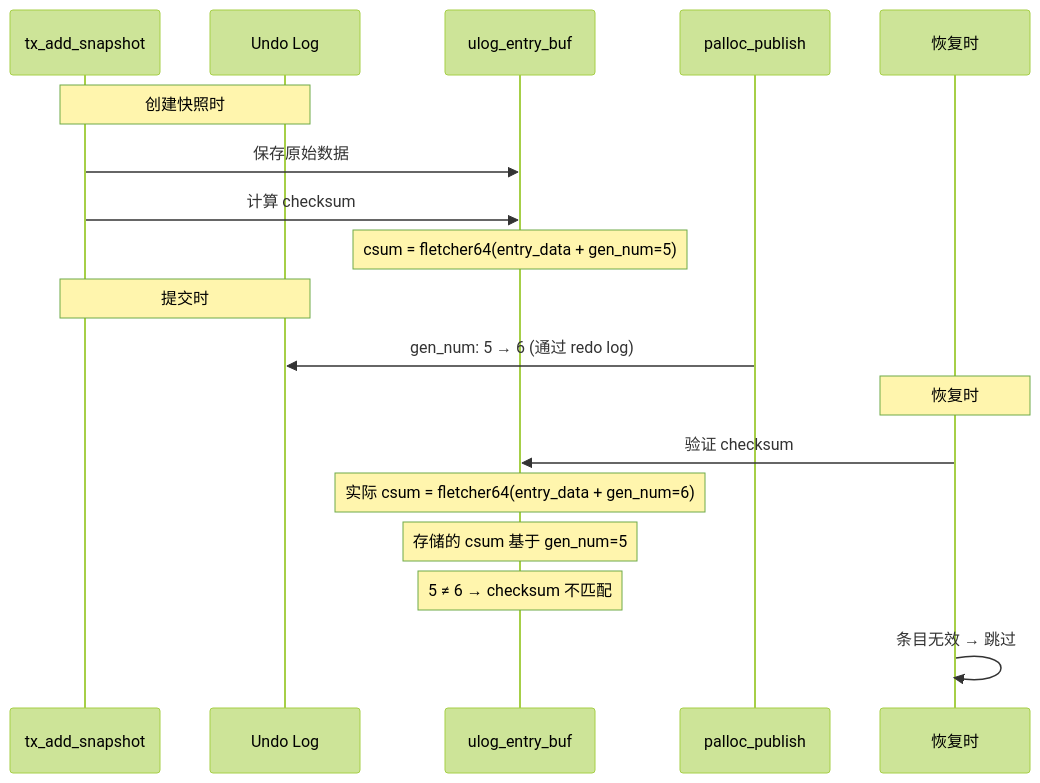
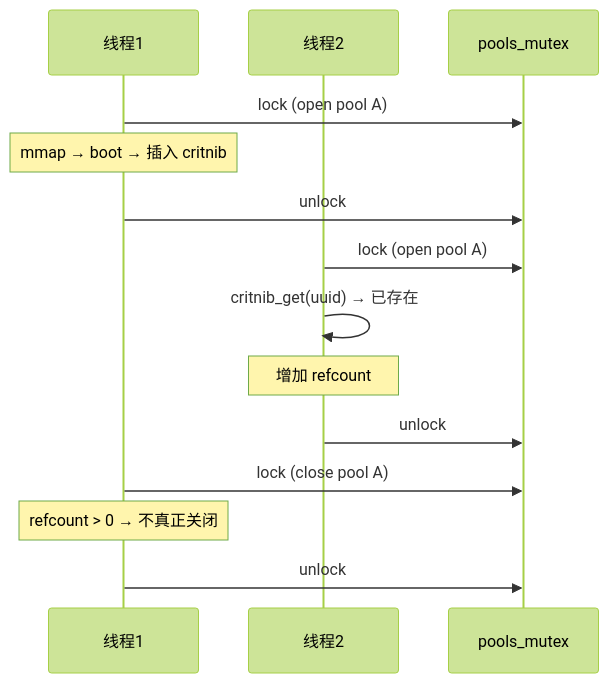
Before and after one commit to carlvinhust2012/MyStudy: the tenth of 14 diagrams in Storage/daos/pmdk的一致性分析.md, drawn with Mermaid (forest theme). The commit also changed other lines of this file, not shown here.

````diff
--- a/Storage/daos/pmdk的一致性分析.md
+++ b/Storage/daos/pmdk的一致性分析.md
@@ -391,26 +551,19 @@
 ```mermaid
 sequenceDiagram
-    participant SNAPSHOT as tx_add_snapshot
-    participant UNDO as Undo Log
-    participant ENTRY as ulog_entry_buf
-    participant COMMIT as palloc_publish
-    participant RECOVER as 恢复时
+    participant T1 as 线程1
+    participant T2 as 线程2
+    participant GM as pools_mutex
 
-    Note over SNAPSHOT,UNDO: 创建快照时
+    T1->>GM: lock (open pool A)
+    Note over T1: mmap → boot → 插入 critnib
+    T1->>GM: unlock
 
-    SNAPSHOT->>ENTRY: 保存原始数据
-    SNAPSHOT->>ENTRY: 计算 checksum
-    Note over ENTRY: csum = fletcher64(entry_data + gen_num=5)
+    T2->>GM: lock (open pool A)
+    T2->>T2: critnib_get(uuid) → 已存在
+    Note over T2: 增加 refcount
+    T2->>GM: unlock
 
-    Note over SNAPSHOT,UNDO: 提交时
-
-    COMMIT->>UNDO: gen_num: 5 → 6 (通过 redo log)
-
-    Note over RECOVER: 恢复时
-
-    RECOVER->>ENTRY: 验证 checksum
-    Note over ENTRY: 实际 csum = fletcher64(entry_data + gen_num=6)
-    Note over ENTRY: 存储的 csum 基于 gen_num=5
-    Note over ENTRY: 5 ≠ 6 → checksum 不匹配
-    RECOVER->>RECOVER: 条目无效 → 跳过
+    T1->>GM: lock (close pool A)
+    Note over T1: refcount > 0 → 不真正关闭
+    T1->>GM: unlock
 ```
````
